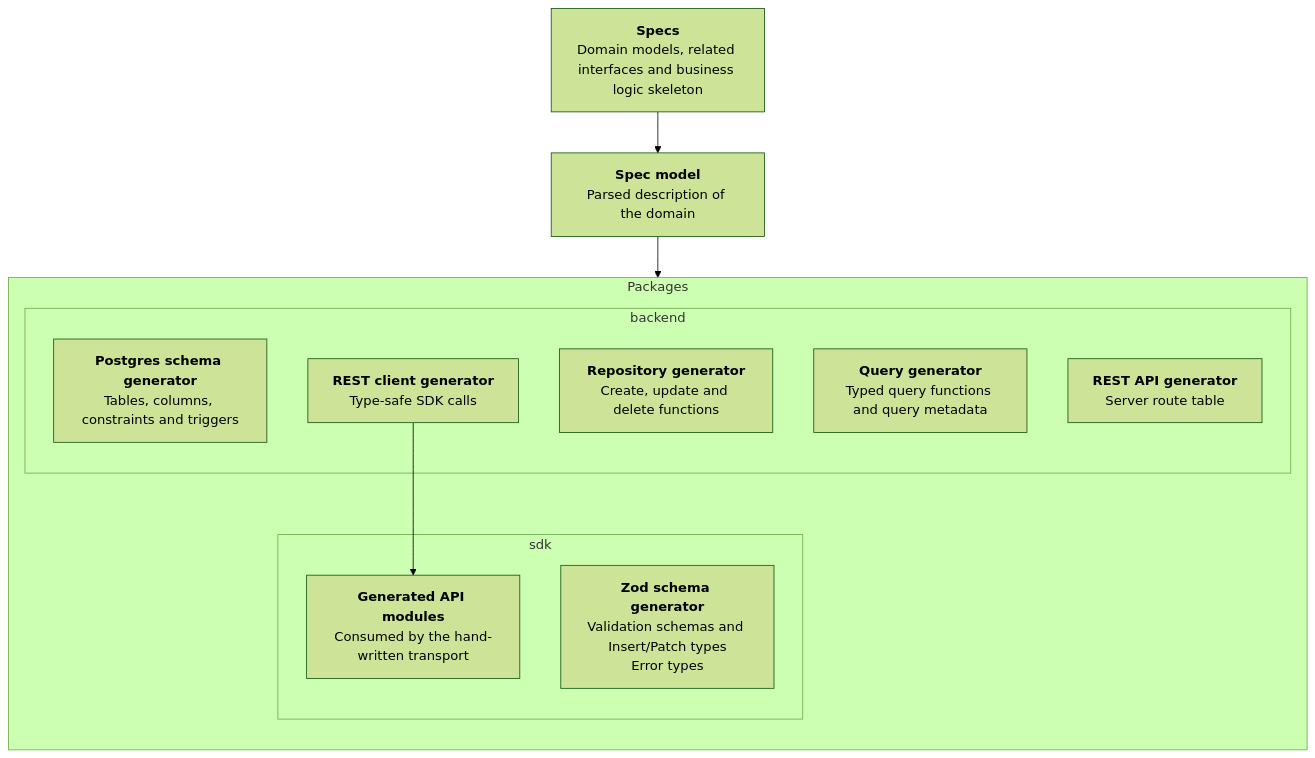
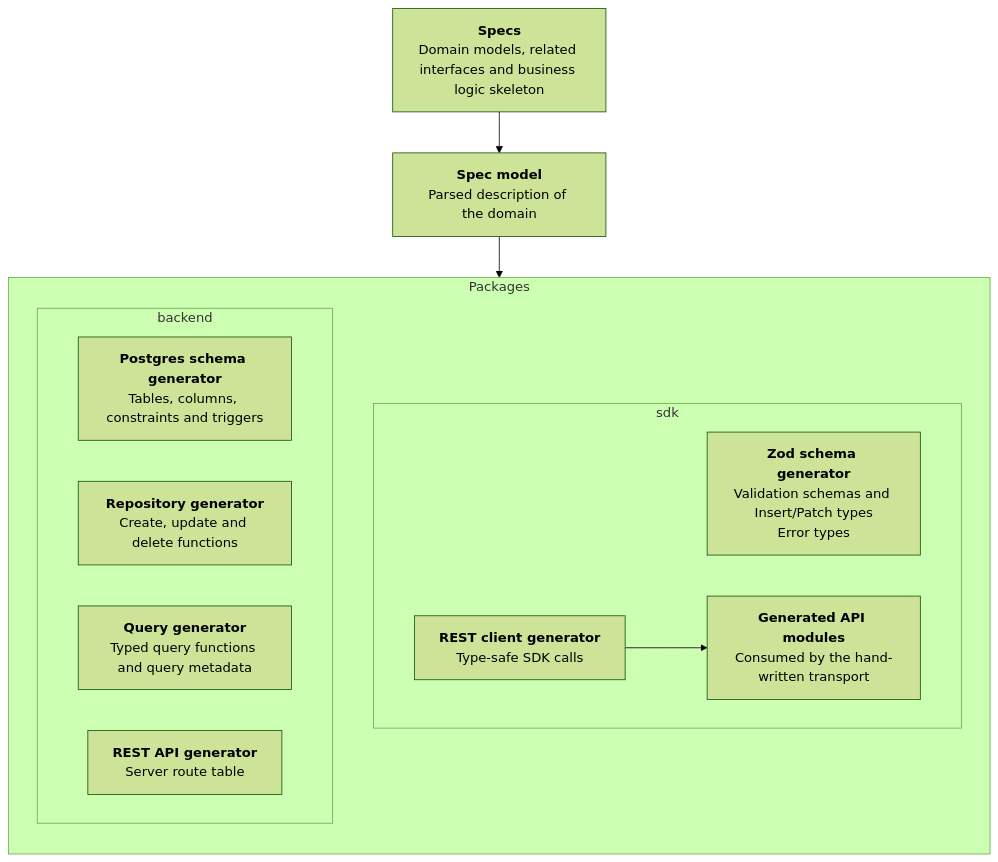
The first of 2 diagrams in README.md (Ciantic/experiment-with-ts-spec), drawn with Mermaid (forest theme) before and after one commit. The commit also changed other lines of this file and 15 other files, not shown here.

Commit message:
Move REST client generator to SDK (2)

````diff
--- a/README.md
+++ b/README.md
@@ -19,25 +19,25 @@
 ```mermaid
 flowchart TD
     specs["<b>Specs</b><br/>Domain models, related interfaces and business logic skeleton"]
     specModel["<b>Spec model</b><br/>Parsed description of the domain"]
 
     specs --> specModel
 
     subgraph packages["Packages"]
         direction TB
         subgraph sdkPkg["sdk"]
             zod["<b>Zod schema generator</b><br/>Validation schemas and Insert/Patch types<br/>Error types"]
+            restClient["<b>REST client generator</b><br/>Type-safe SDK calls"]
             sdkApi["<b>Generated API modules</b><br/>Consumed by the hand-written transport"]
         end
         subgraph backendPkg["backend"]
             pgSchema["<b>Postgres schema generator</b><br/>Tables, columns, constraints and triggers"]
             repositories["<b>Repository generator</b><br/>Create, update and delete functions"]
             queries["<b>Query generator</b><br/>Typed query functions and query metadata"]
             restApi["<b>REST API generator</b><br/>Server route table"]
-            restClient["<b>REST client generator</b><br/>Type-safe SDK calls"]
         end
     end
 
     specModel --> packages
     restClient --> sdkApi
 ```
````
